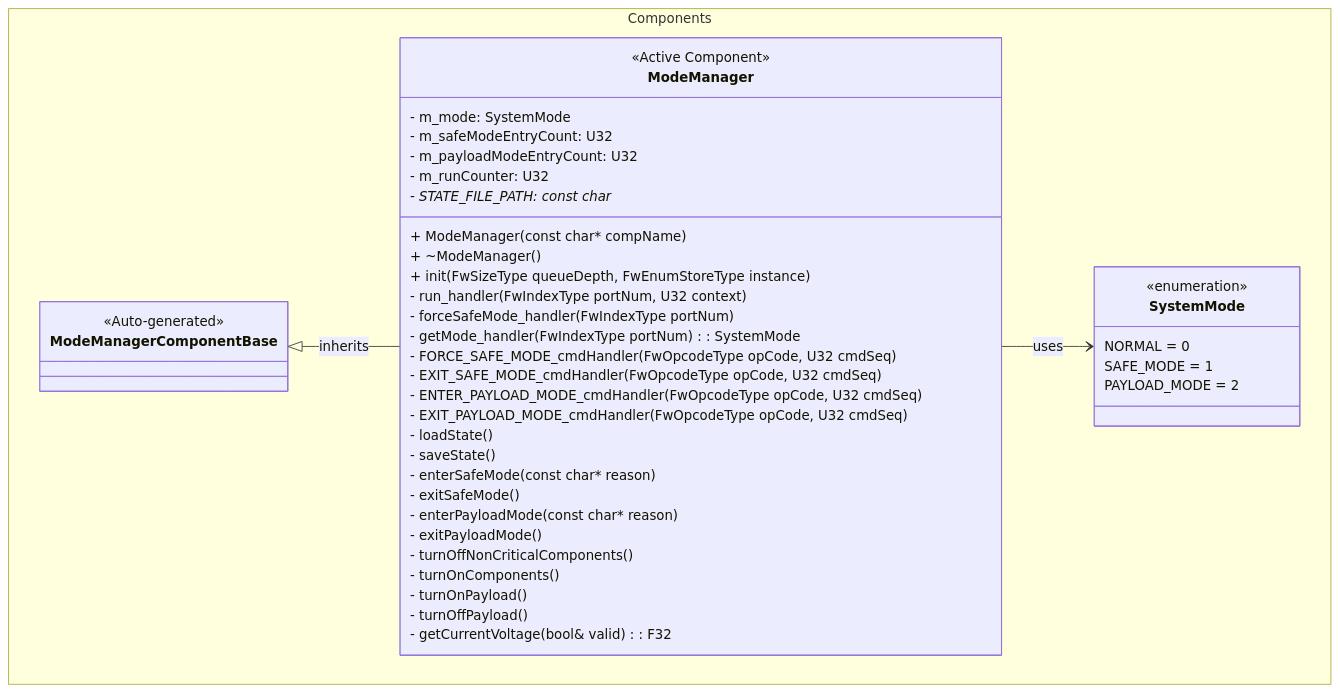
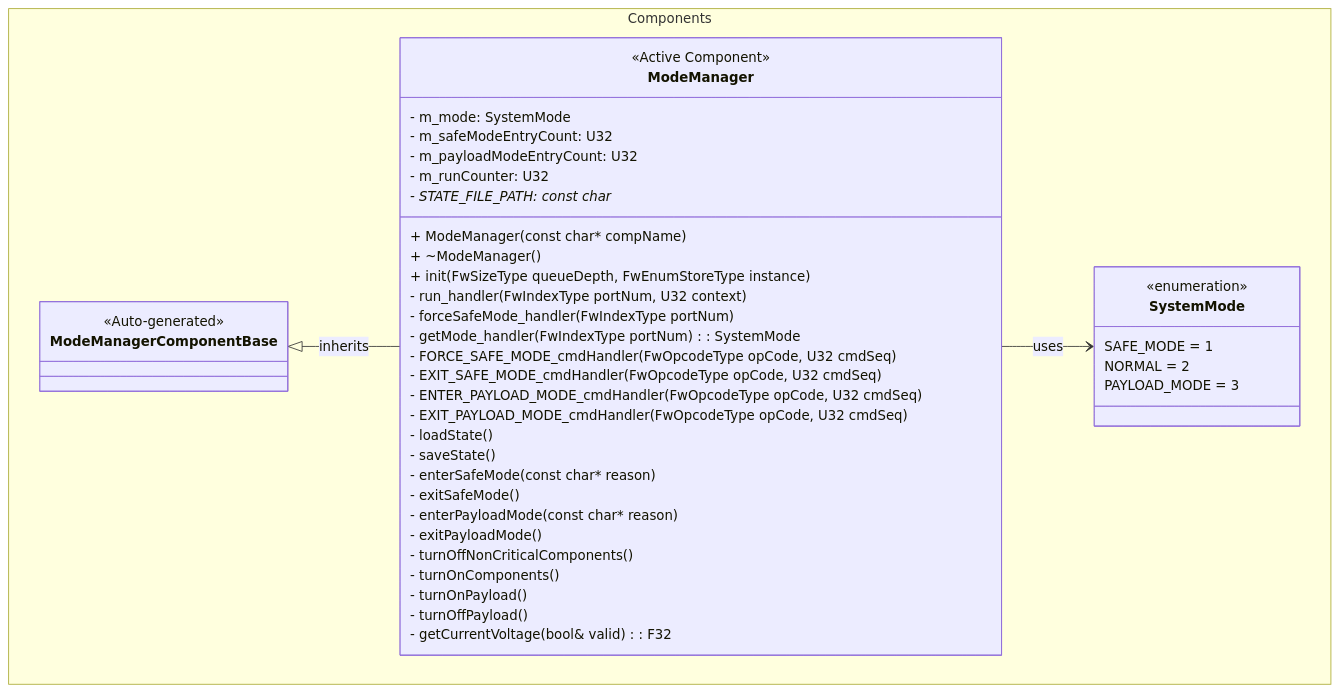
Before and after one commit to Open-Source-Space-Foundation/proves-core-reference: the first of 8 diagrams in FprimeZephyrReference/Components/ModeManager/docs/sdd.md, drawn with Mermaid. The commit also changed other lines of this file and 5 other files, not shown here.

````diff
--- a/FprimeZephyrReference/Components/ModeManager/docs/sdd.md
+++ b/FprimeZephyrReference/Components/ModeManager/docs/sdd.md
@@ -96,45 +96,45 @@
 ```mermaid
 classDiagram
     namespace Components {
         class ModeManagerComponentBase {
             <<Auto-generated>>
         }
         class ModeManager {
             <<Active Component>>
             - m_mode: SystemMode
             - m_safeModeEntryCount: U32
             - m_payloadModeEntryCount: U32
             - m_runCounter: U32
             - STATE_FILE_PATH: const char*
             + ModeManager(const char* compName)
             + ~ModeManager()
             + init(FwSizeType queueDepth, FwEnumStoreType instance)
             - run_handler(FwIndexType portNum, U32 context)
             - forceSafeMode_handler(FwIndexType portNum)
             - getMode_handler(FwIndexType portNum): SystemMode
             - FORCE_SAFE_MODE_cmdHandler(FwOpcodeType opCode, U32 cmdSeq)
             - EXIT_SAFE_MODE_cmdHandler(FwOpcodeType opCode, U32 cmdSeq)
             - ENTER_PAYLOAD_MODE_cmdHandler(FwOpcodeType opCode, U32 cmdSeq)
             - EXIT_PAYLOAD_MODE_cmdHandler(FwOpcodeType opCode, U32 cmdSeq)
             - loadState()
             - saveState()
             - enterSafeMode(const char* reason)
             - exitSafeMode()
             - enterPayloadMode(const char* reason)
             - exitPayloadMode()
             - turnOffNonCriticalComponents()
             - turnOnComponents()
             - turnOnPayload()
             - turnOffPayload()
             - getCurrentVoltage(bool& valid): F32
         }
         class SystemMode {
             <<enumeration>>
-            NORMAL = 0
             SAFE_MODE = 1
-            PAYLOAD_MODE = 2
+            NORMAL = 2
+            PAYLOAD_MODE = 3
         }
     }
     ModeManagerComponentBase <|-- ModeManager : inherits
     ModeManager --> SystemMode : uses
 ```
````
